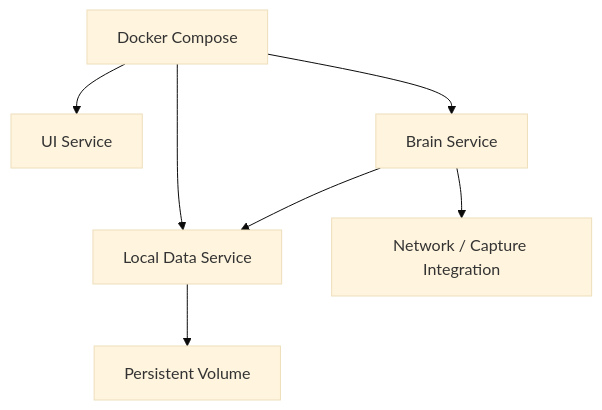
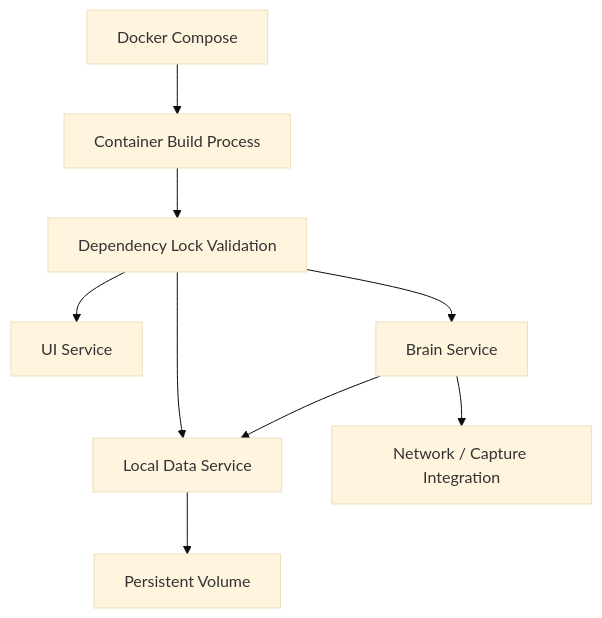
Diagram 17 of 18 in docs/01_Requirements/01_SysRS/05_System_Architecture.md (EG-ETCS/wiresploit), drawn with Mermaid (base theme) before and after one commit. The commit also changed other lines of this file, not shown here.

First line of the commit message:
Map functional requirements and update architecture

````diff
--- a/docs/01_Requirements/01_SysRS/05_System_Architecture.md
+++ b/docs/01_Requirements/01_SysRS/05_System_Architecture.md
@@ -800,20 +956,33 @@
 ```mermaid
 flowchart TB
 
     Compose["Docker Compose"]
 
+    Build["Container Build Process"]
+
+    Lock["Dependency Lock Validation"]
+
     UI["UI Service"]
+
     Brain["Brain Service"]
+
     Database["Local Data Service"]
+
     Storage["Persistent Volume"]
+
     Network["Network / Capture Integration"]
 
-    Compose --> UI
-    Compose --> Brain
-    Compose --> Database
+    Compose --> Build
+
+    Build --> Lock
+
+    Lock --> UI
+    Lock --> Brain
+    Lock --> Database
 
     Brain --> Database
     Database --> Storage
 
     Brain --> Network
+
 ```
````
